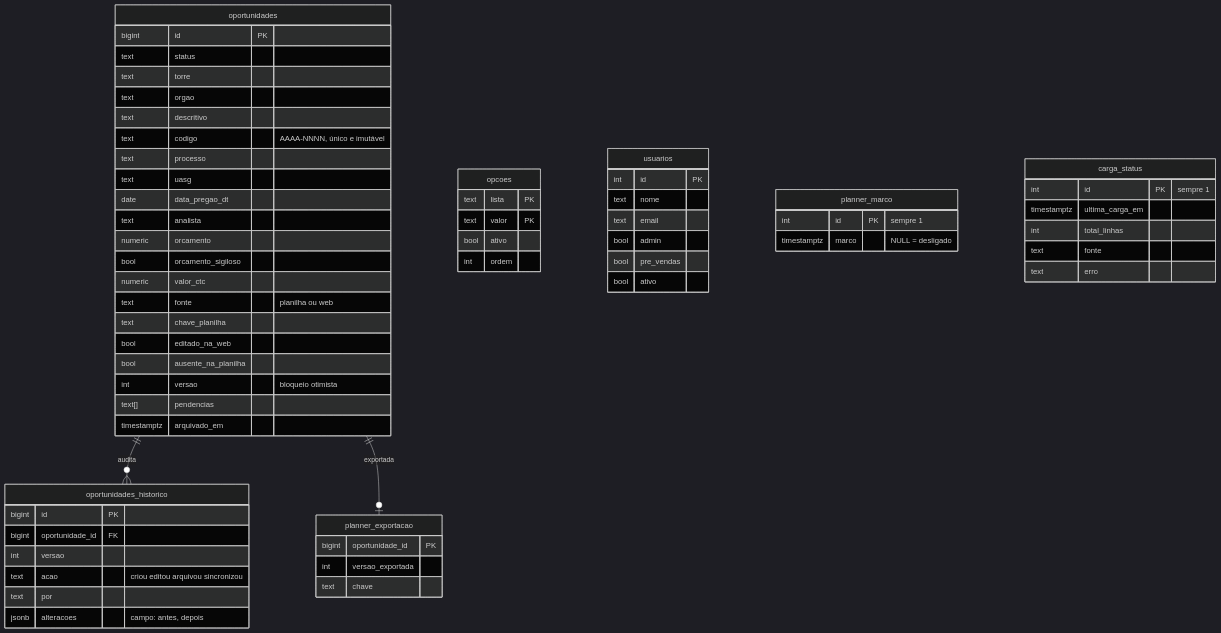
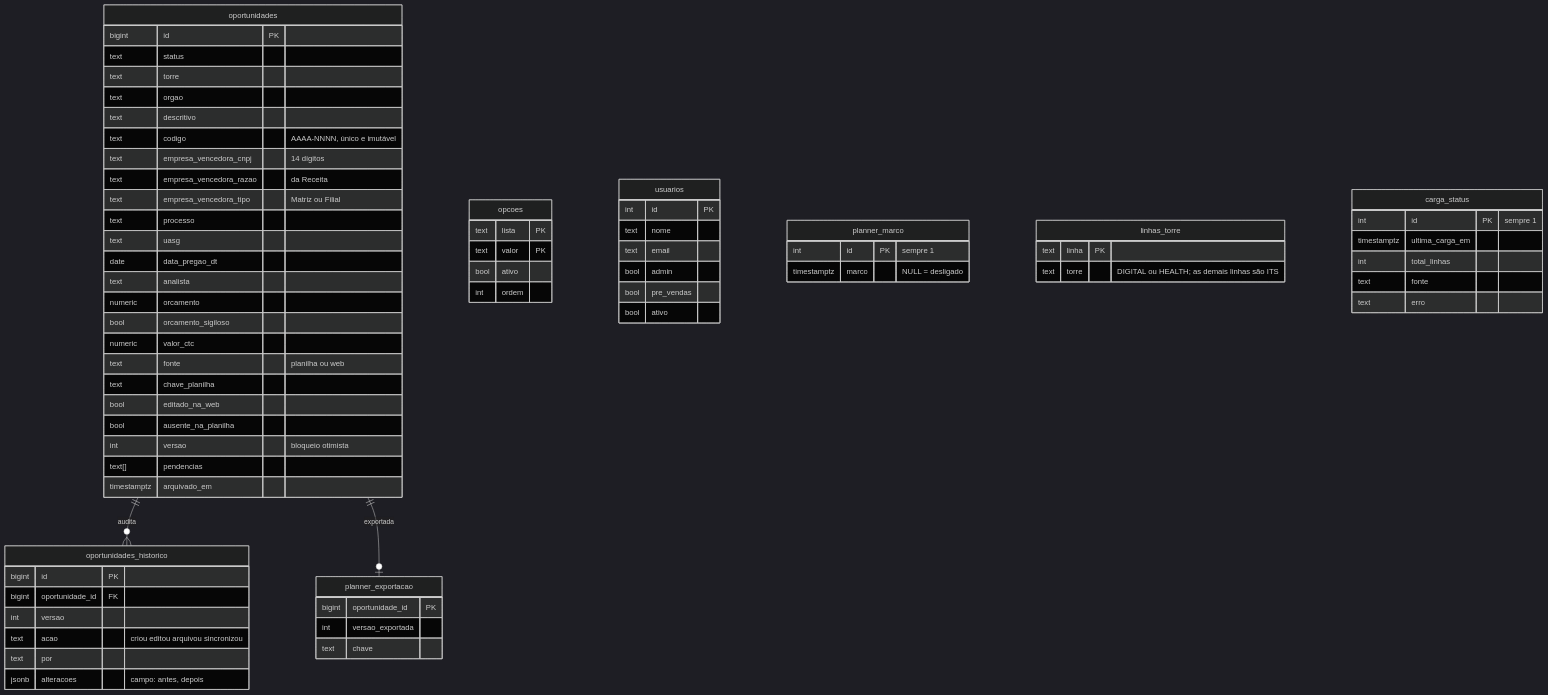
Before and after one commit to agentanalisedegoverno-svg/dashboard-metrics-team: the seventh of 7 diagrams in docs/ARQUITETURA.md, drawn with Mermaid (dark theme). The commit also changed other lines of this file and 23 other files, not shown here.

First line of the commit message:
feat: melhorias do cadastro (tela cheia travada, logo, status coloridos, torre calculada, unidade em lista, CNPJ da empresa vencedora, descritivo sem limite)

````diff
--- a/docs/ARQUITETURA.md
+++ b/docs/ARQUITETURA.md
@@ -200,65 +202,72 @@
 ```mermaid
 erDiagram
   oportunidades ||--o{ oportunidades_historico : "audita"
   oportunidades ||--o| planner_exportacao : "exportada"
   oportunidades {
     bigint id PK
     text status
     text torre
     text orgao
     text descritivo
     text codigo "AAAA-NNNN, único e imutável"
+    text empresa_vencedora_cnpj "14 dígitos"
+    text empresa_vencedora_razao "da Receita"
+    text empresa_vencedora_tipo "Matriz ou Filial"
     text processo
     text uasg
     date data_pregao_dt
     text analista
     numeric orcamento
     bool orcamento_sigiloso
     numeric valor_ctc
     text fonte "planilha ou web"
     text chave_planilha
     bool editado_na_web
     bool ausente_na_planilha
     int versao "bloqueio otimista"
     text[] pendencias
     timestamptz arquivado_em
   }
   oportunidades_historico {
     bigint id PK
     bigint oportunidade_id FK
     int versao
     text acao "criou editou arquivou sincronizou"
     text por
     jsonb alteracoes "campo: antes, depois"
   }
   opcoes {
     text lista PK
     text valor PK
     bool ativo
     int ordem
   }
   usuarios {
     int id PK
     text nome
     text email
     bool admin
     bool pre_vendas
     bool ativo
   }
   planner_marco {
     int id PK "sempre 1"
     timestamptz marco "NULL = desligado"
   }
   planner_exportacao {
     bigint oportunidade_id PK
     int versao_exportada
     text chave
   }
+  linhas_torre {
+    text linha PK
+    text torre "DIGITAL ou HEALTH; as demais linhas são ITS"
+  }
   carga_status {
     int id PK "sempre 1"
     timestamptz ultima_carga_em
     int total_linhas
     text fonte
     text erro
   }
 ```
````
